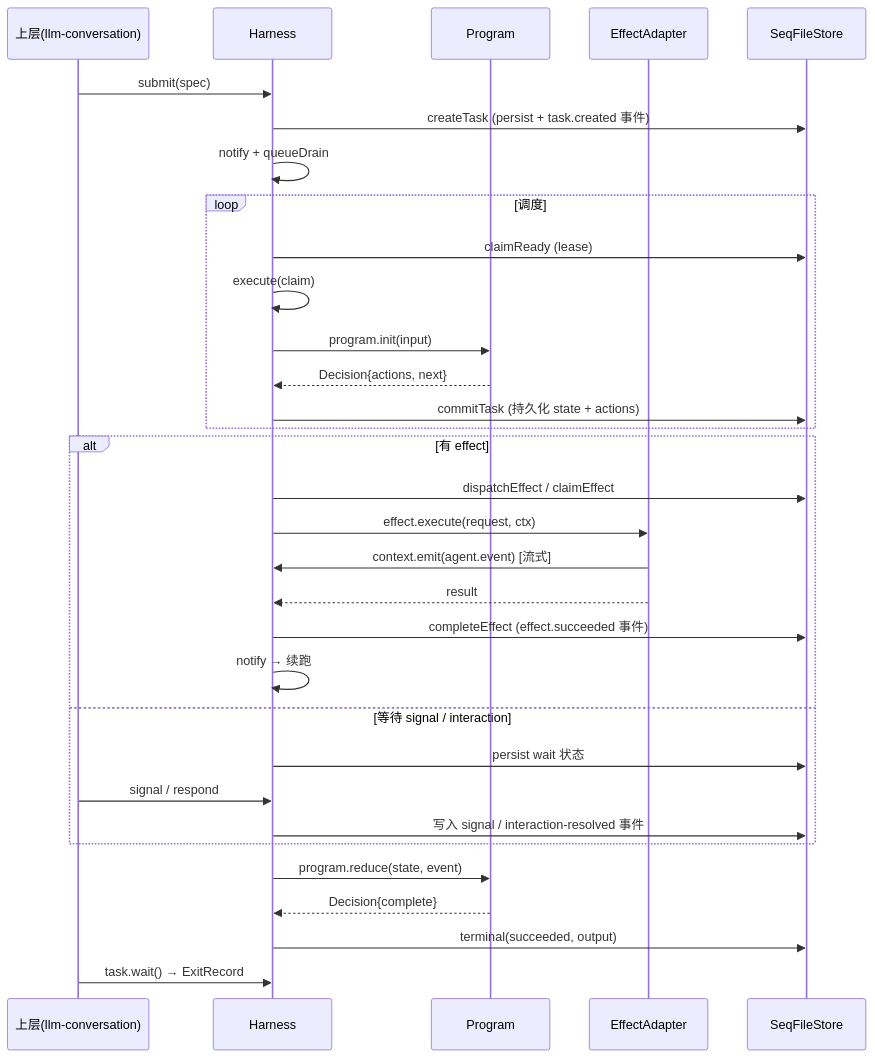
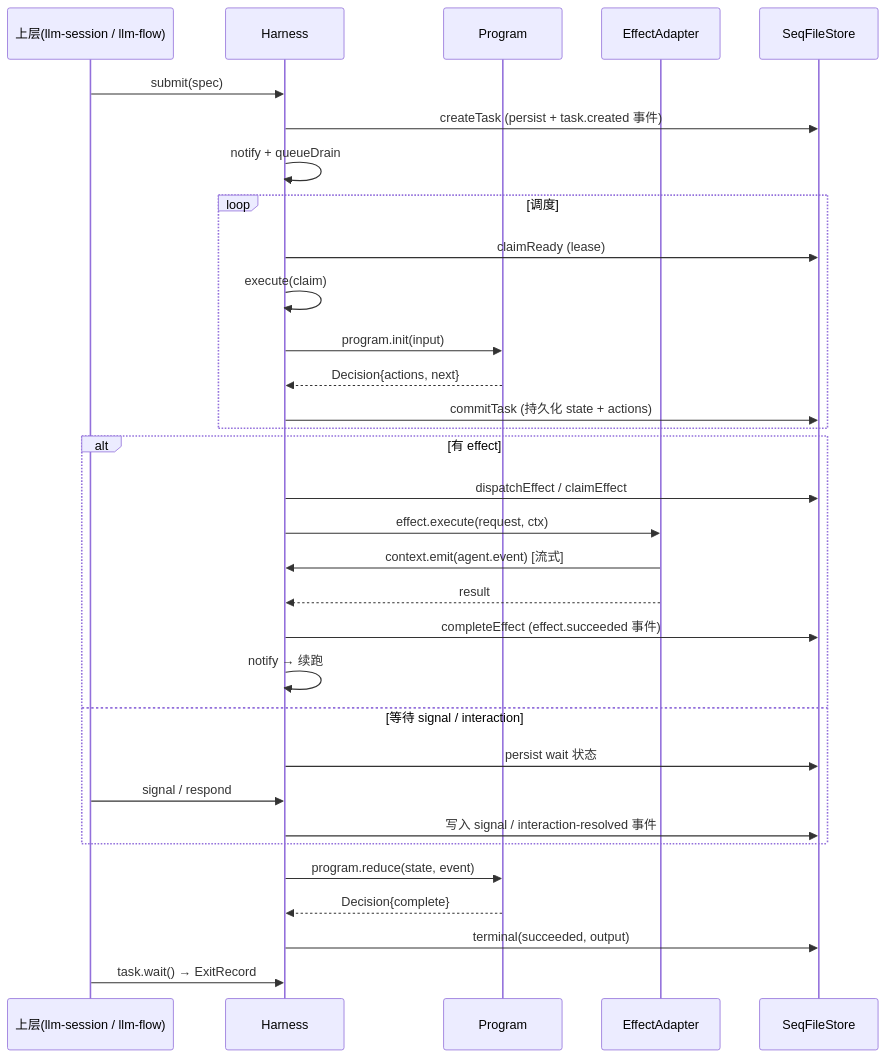
The seventh of 9 diagrams in doc/feat/harness-design.md (mushuanli/itookit), drawn with Mermaid before and after one commit. The commit also changed other lines of this file and 63 other files, not shown here.

````diff
--- a/doc/feat/harness-design.md
+++ b/doc/feat/harness-design.md
@@ -273,35 +273,35 @@
 ```mermaid
 sequenceDiagram
-  participant UI as 上层(llm-conversation)
+  participant UI as 上层(llm-session / llm-flow)
   participant H as Harness
   participant P as Program
   participant E as EffectAdapter
   participant S as SeqFileStore
 
   UI->>H: submit(spec)
   H->>S: createTask (persist + task.created 事件)
   H->>H: notify + queueDrain
   loop 调度
     H->>S: claimReady (lease)
     H->>H: execute(claim)
     H->>P: program.init(input)
     P-->>H: Decision{actions, next}
     H->>S: commitTask (持久化 state + actions)
   end
   alt 有 effect
     H->>S: dispatchEffect / claimEffect
     H->>E: effect.execute(request, ctx)
     E->>H: context.emit(agent.event)  [流式]
     E-->>H: result
     H->>S: completeEffect (effect.succeeded 事件)
     H->>H: notify → 续跑
   else 等待 signal / interaction
     H->>S: persist wait 状态
     UI->>H: signal / respond
     H->>S: 写入 signal / interaction-resolved 事件
   end
   H->>P: program.reduce(state, event)
   P-->>H: Decision{complete}
   H->>S: terminal(succeeded, output)
   UI->>H: task.wait() → ExitRecord
 ```
````
